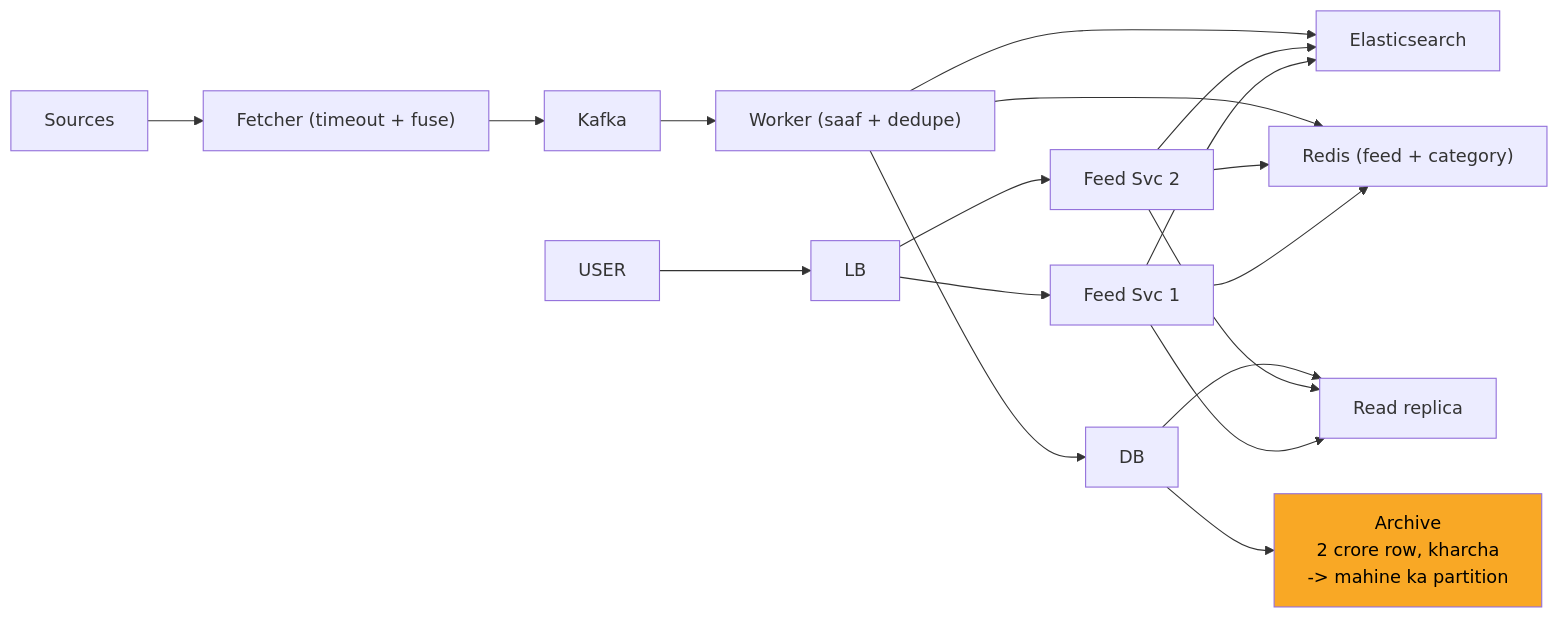
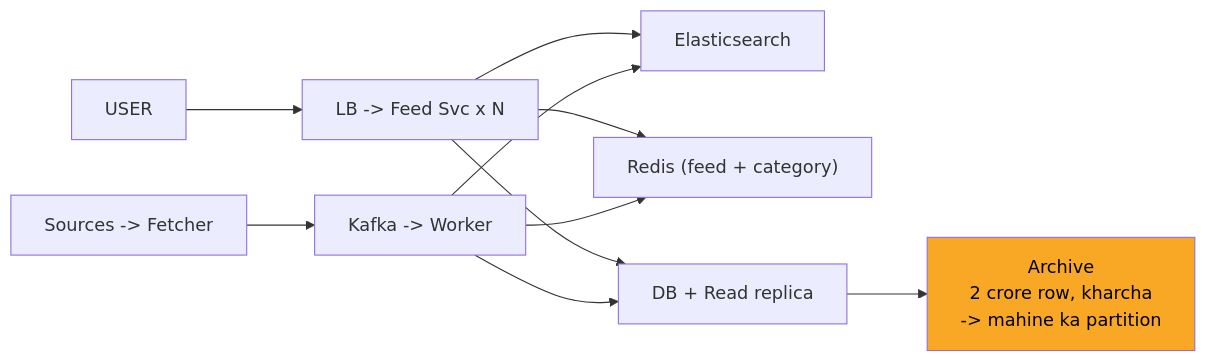
The ninth of 11 diagrams in 04_HLD/SYSTEM_DESIGNS/08_news_aggregator/08_news_aggregator_INTERVIEW.md (ArpanMaheshwari144/Prep), drawn with Mermaid before and after one commit. The commit also changed other lines of this file and 11 other files, not shown here.

Commit message:
hld: card diagrams max 8 boxes (App x N, merged stores/chains; full diagram only in AAKHRI DABBA)

````diff
--- a/04_HLD/SYSTEM_DESIGNS/08_news_aggregator/08_news_aggregator_INTERVIEW.md
+++ b/04_HLD/SYSTEM_DESIGNS/08_news_aggregator/08_news_aggregator_INTERVIEW.md
@@ -364,34 +321,21 @@
 ```mermaid
 flowchart LR
     n_USER["USER"]
-    n_LB["LB"]
-    n_Feed_Svc_x_N_1["Feed Svc 1"]
-    n_Feed_Svc_x_N_2["Feed Svc 2"]
+    n_LF["LB -> Feed Svc x N"]
     n_Elasticsearch["Elasticsearch"]
     n_Redis["Redis (feed + category)"]
-    n_Read_replica["Read replica"]
-    n_DB["DB"]
+    n_DBR["DB + Read replica"]
     n_Archive["Archive<br/>2 crore row, kharcha<br/>-> mahine ka partition"]
-    n_Worker["Worker (saaf + dedupe)"]
-    n_Kafka["Kafka"]
-    n_Fetcher["Fetcher (timeout + fuse)"]
-    n_Sources["Sources"]
-    n_USER --> n_LB
-    n_LB --> n_Feed_Svc_x_N_1
-    n_LB --> n_Feed_Svc_x_N_2
-    n_Feed_Svc_x_N_1 --> n_Elasticsearch
-    n_Feed_Svc_x_N_2 --> n_Elasticsearch
-    n_Feed_Svc_x_N_1 --> n_Redis
-    n_Feed_Svc_x_N_2 --> n_Redis
-    n_Feed_Svc_x_N_1 --> n_Read_replica
-    n_Feed_Svc_x_N_2 --> n_Read_replica
-    n_DB --> n_Read_replica
-    n_DB --> n_Archive
-    n_Worker --> n_DB
-    n_Worker --> n_Redis
-    n_Worker --> n_Elasticsearch
-    n_Kafka --> n_Worker
-    n_Fetcher --> n_Kafka
-    n_Sources --> n_Fetcher
+    n_KW["Kafka -> Worker"]
+    n_SF["Sources -> Fetcher"]
+    n_USER --> n_LF
+    n_LF --> n_Elasticsearch
+    n_LF --> n_Redis
+    n_LF --> n_DBR
+    n_DBR --> n_Archive
+    n_KW --> n_DBR
+    n_KW --> n_Redis
+    n_KW --> n_Elasticsearch
+    n_SF --> n_KW
     style n_Archive fill:#f9a825,color:#000
 ```
````
